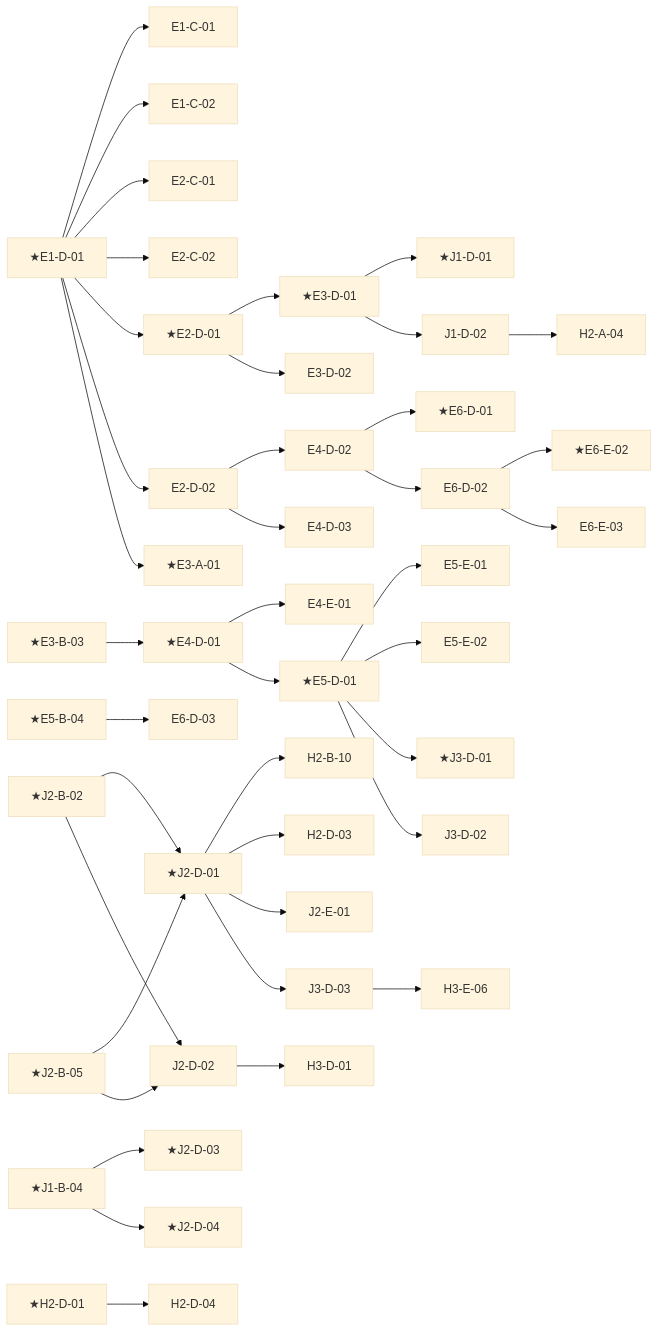
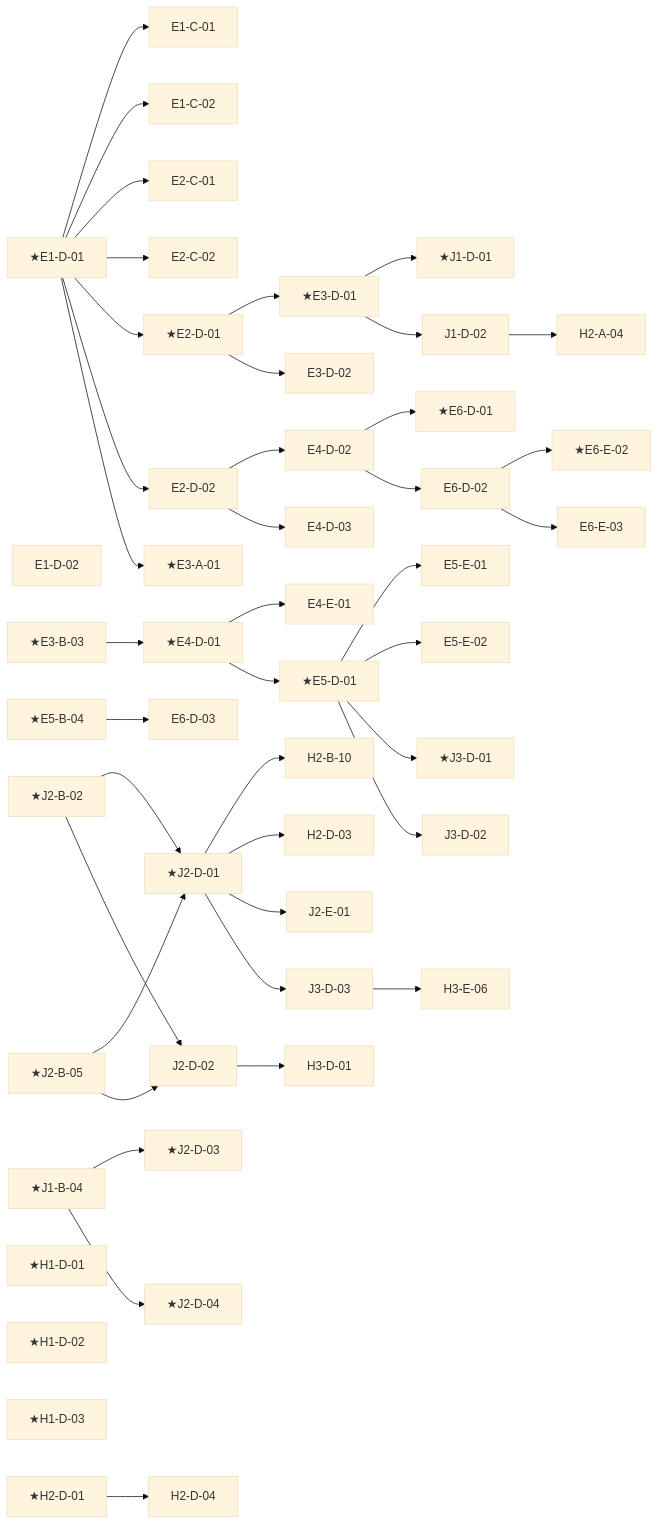
The fourth of 6 diagrams in docs/traceability.md (masa-san-jp/jp-k12-digital-ai-textbook), drawn with Mermaid (base theme) before and after one commit. The commit also changed other lines of this file and 1 other file, not shown here.

```diff
--- a/docs/traceability.md
+++ b/docs/traceability.md
@@ -253,6 +267,7 @@
   E1_C_01["E1-C-01"]
   E1_C_02["E1-C-02"]
   E1_D_01["★E1-D-01"]
+  E1_D_02["E1-D-02"]
   E2_C_01["E2-C-01"]
   E2_C_02["E2-C-02"]
   E2_D_01["★E2-D-01"]
@@ -287,6 +302,9 @@
   J3_D_01["★J3-D-01"]
   J3_D_02["J3-D-02"]
   J3_D_03["J3-D-03"]
+  H1_D_01["★H1-D-01"]
+  H1_D_02["★H1-D-02"]
+  H1_D_03["★H1-D-03"]
   H2_A_04["H2-A-04"]
   H2_B_10["H2-B-10"]
   H2_D_01["★H2-D-01"]
```
